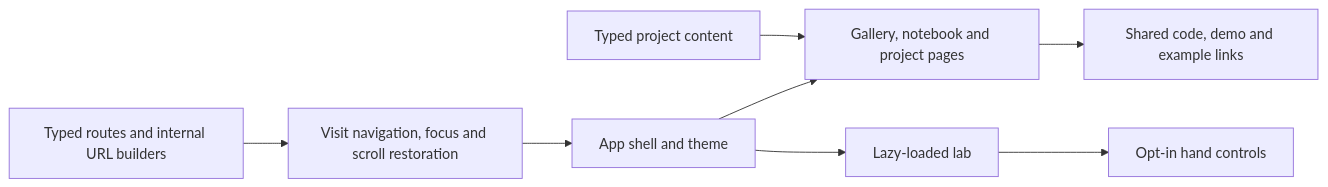
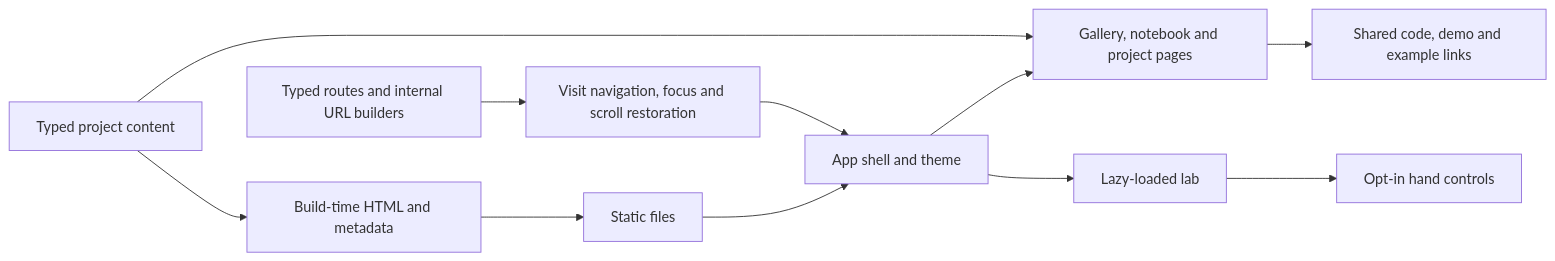
The diagram in README.md (khushi09-oss/portfolio), drawn with Mermaid before and after one commit. The commit also changed other lines of this file, not shown here.

Commit message:
docs: describe static pages and verified portfolio flows

````diff
--- a/README.md
+++ b/README.md
@@ -40,10 +42,13 @@
 ```mermaid
 flowchart LR
   Routes[Typed routes and internal URL builders] --> Navigation[Visit navigation, focus and scroll restoration]
   Navigation --> Shell[App shell and theme]
   Content[Typed project content] --> Views[Gallery, notebook and project pages]
+  Content --> Build[Build-time HTML and metadata]
+  Build --> Hosting[Static files]
+  Hosting --> Shell
   Shell --> Views
   Views --> Actions[Shared code, demo and example links]
   Shell --> Lab[Lazy-loaded lab]
   Lab --> Camera[Opt-in hand controls]
 ```
````
